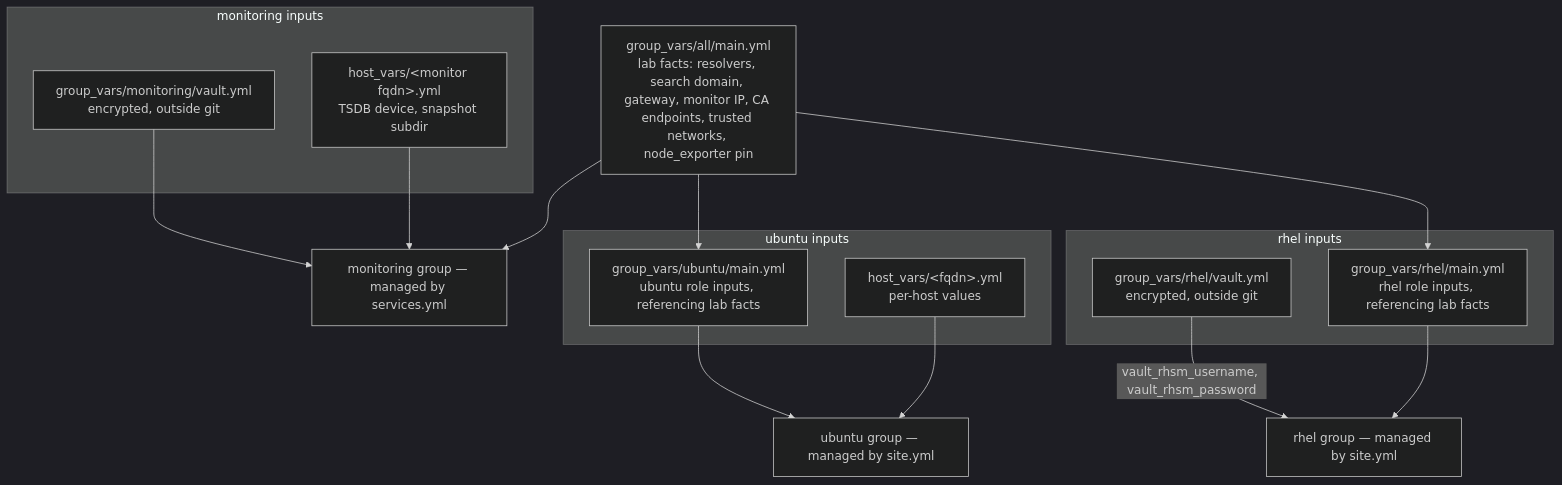
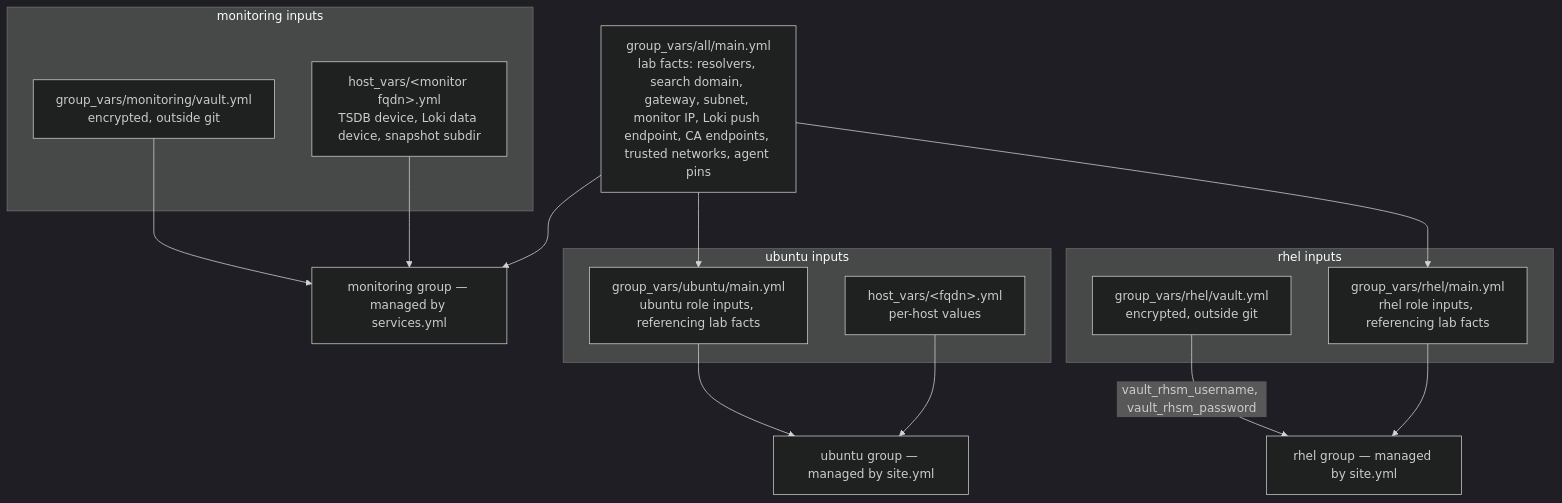
Before and after one commit to eugeneivanov-dev/ansible: the diagram in README.md, drawn with Mermaid (dark theme). The commit also changed other lines of this file, not shown here.

Commit message:
README: loki and alloy join the observability stack, log agents in both baselines

````diff
--- a/README.md
+++ b/README.md
@@ -41,33 +41,33 @@
 ```mermaid
 flowchart TB
-    lab_facts["group_vars/all/main.yml<br/>lab facts: resolvers, search domain, gateway, monitor IP, CA endpoints, trusted networks, node_exporter pin"]
+    lab_facts["group_vars/all/main.yml<br/>lab facts: resolvers, search domain, gateway, subnet, monitor IP, Loki push endpoint, CA endpoints, trusted networks, agent pins"]
 
     subgraph rhel_inputs["rhel inputs"]
         vault["group_vars/rhel/vault.yml<br/>encrypted, outside git"]
         rhel_vars["group_vars/rhel/main.yml<br/>rhel role inputs, referencing lab facts"]
     end
 
     subgraph ubuntu_inputs["ubuntu inputs"]
         ubuntu_vars["group_vars/ubuntu/main.yml<br/>ubuntu role inputs, referencing lab facts"]
         host_vars["host_vars/&lt;fqdn&gt;.yml<br/>per-host values"]
     end
 
     subgraph monitoring_inputs["monitoring inputs"]
         mon_vault["group_vars/monitoring/vault.yml<br/>encrypted, outside git"]
-        mon_host_vars["host_vars/&lt;monitor fqdn&gt;.yml<br/>TSDB device, snapshot subdir"]
+        mon_host_vars["host_vars/&lt;monitor fqdn&gt;.yml<br/>TSDB device, Loki data device, snapshot subdir"]
     end
 
     rhel["rhel group — managed by site.yml"]
     ubuntu["ubuntu group — managed by site.yml"]
     monitoring["monitoring group — managed by services.yml"]
 
     vault -- "vault_rhsm_username, vault_rhsm_password" --> rhel
     lab_facts --> rhel_vars
     lab_facts --> ubuntu_vars
     lab_facts --> monitoring
     rhel_vars --> rhel
     ubuntu_vars --> ubuntu
     host_vars --> ubuntu
     mon_vault --> monitoring
     mon_host_vars --> monitoring
 ```
````
